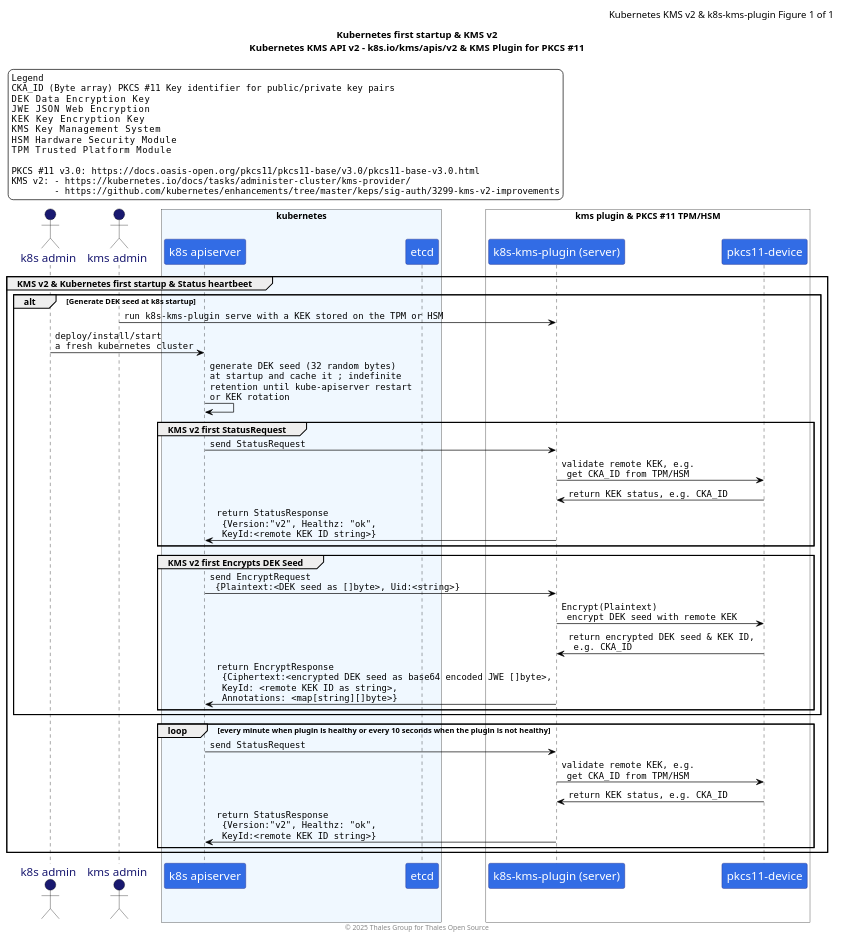
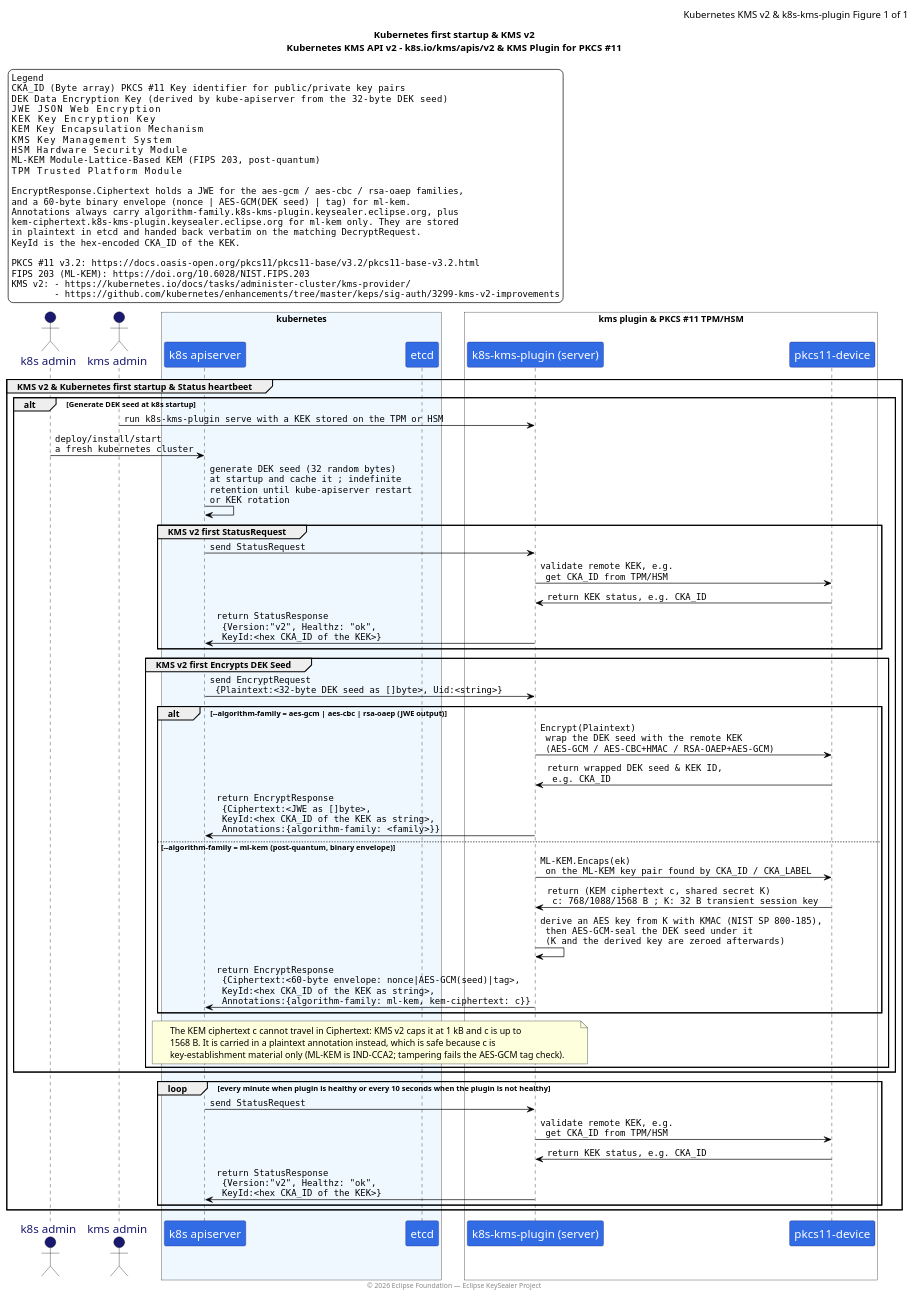
One commit to ThalesGroup/k8s-kms-plugin changed the diagram in docs/puml-diagrams/kmsv2-first-k8s-startup.sqce-diag.puml. Above: the diagram before and after it, drawn with PlantUML. The commit also changed 7 other files, not shown here.

First line of the commit message:
docs(diagrams): cover ML-KEM in the KMS v2 sequence diagrams

```diff
--- a/docs/puml-diagrams/kmsv2-first-k8s-startup.sqce-diag.puml
+++ b/docs/puml-diagrams/kmsv2-first-k8s-startup.sqce-diag.puml
@@ -1,116 +1,137 @@
 @startuml "Kubernetes first startup & KMS v2"
 
 '=============================================================================='
 '== PlantUML Appearance parameters ============================================'
 '=============================================================================='
 skinparam shadowing false
 'skinparam backgroundColor transparent
 
 ' enable arrows on same level
 '!pragma teoz true
 
 skinparam legend {
   FontSize 13
   FontName DejaVu Sans Mono
   BorderColor black
   BackgroundColor white
 }
 
 skinparam sequence {
 ArrowColor Black
 ActorBorderColor Black
 LifeLineBorderColor Black
 LifeLineBackgroundColor #A9DCDF
 
 ParticipantBorderColor MidnightBlue
 ParticipantBackgroundColor #326CE5
 ParticipantFontName Impact
 ParticipantFontSize 17
 ParticipantFontColor white
 
 ActorBackgroundColor MidnightBlue
 ActorFontColor MidnightBlue
 ActorFontSize 17
 ActorFontName Aapex
 }
 
 skinparam ArrowFontName DejaVu Sans Mono
 
 
 '=============================================================================='
 '== Title ====================================================================='
 '=============================================================================='
 title
     Kubernetes first startup & KMS v2
     Kubernetes KMS API v2 - k8s.io/kms/apis/v2 & KMS Plugin for PKCS #11
 end title
 
 skinparam HeaderFontSize 14
 header <font color=black>Kubernetes KMS v2 & k8s-kms-plugin Figure %page% of %lastpage%</font>
-footer © 2025 Thales Group for Thales Open Source
+footer © 2026 Eclipse Foundation — Eclipse KeySealer Project
 
 ' Legend
 legend top left
     Legend
-    CKA_ID (Byte array) PKCS #11 Key identifier for public/private key pairs
-    DEK    Data Encryption Key
-    JWE    JSON Web Encryption
-    KEK    Key Encryption Key
-    KMS    Key Management System
-    HSM    Hardware Security Module
-    TPM    Trusted Platform Module
+    CKA_ID   (Byte array) PKCS #11 Key identifier for public/private key pairs
+    DEK      Data Encryption Key (derived by kube-apiserver from the 32-byte DEK seed)
+    JWE      JSON Web Encryption
+    KEK      Key Encryption Key
+    KEM      Key Encapsulation Mechanism
+    KMS      Key Management System
+    HSM      Hardware Security Module
+    ML-KEM   Module-Lattice-Based KEM (FIPS 203, post-quantum)
+    TPM      Trusted Platform Module
 
-    PKCS #11 v3.0: https://docs.oasis-open.org/pkcs11/pkcs11-base/v3.0/pkcs11-base-v3.0.html
+    EncryptResponse.Ciphertext holds a JWE for the aes-gcm / aes-cbc / rsa-oaep families,
+    and a 60-byte binary envelope (nonce | AES-GCM(DEK seed) | tag) for ml-kem.
+    Annotations always carry algorithm-family.k8s-kms-plugin.keysealer.eclipse.org, plus
+    kem-ciphertext.k8s-kms-plugin.keysealer.eclipse.org for ml-kem only. They are stored
+    in plaintext in etcd and handed back verbatim on the matching DecryptRequest.
+    KeyId is the hex-encoded CKA_ID of the KEK.
+
+    PKCS #11 v3.2: https://docs.oasis-open.org/pkcs11/pkcs11-base/v3.2/pkcs11-base-v3.2.html
+    FIPS 203 (ML-KEM): https://doi.org/10.6028/NIST.FIPS.203
     KMS v2: - https://kubernetes.io/docs/tasks/administer-cluster/kms-provider/
             - https://github.com/kubernetes/enhancements/tree/master/keps/sig-auth/3299-kms-v2-improvements
 end legend
 
 '=============================================================================='
 '== Sequence diagram begins ==================================================='
 '=============================================================================='
 
     actor "k8s admin" as k8sa
     actor "kms admin" as kmsa
 
     box "kubernetes" #AliceBlue
         participant "k8s apiserver" as k8sapisrv
         participant "etcd" as etcd
     end box
 
 
     box "kms plugin & PKCS #11 TPM/HSM" #fff
         participant "k8s-kms-plugin (server)" as kmsplg
         participant "pkcs11-device" as p11
     end box
 
     group KMS v2 & Kubernetes first startup & Status heartbeet
         alt Generate DEK seed at k8s startup
 
             kmsa -> kmsplg : run k8s-kms-plugin serve with a KEK stored on the TPM or HSM
             k8sa -> k8sapisrv : deploy/install/start \na fresh kubernetes cluster
             k8sapisrv -> k8sapisrv : generate DEK seed (32 random bytes)\nat startup and cache it ; indefinite \nretention until kube-apiserver restart \nor KEK rotation
 
             group KMS v2 first StatusRequest
                 k8sapisrv -> kmsplg : send StatusRequest
                 kmsplg -> p11 : validate remote KEK, e.g. \n get CKA_ID from TPM/HSM
                 p11 -> kmsplg : return KEK status, e.g. CKA_ID
-                kmsplg -> k8sapisrv : return StatusResponse \n {Version:"v2", Healthz: "ok", \n KeyId:<remote KEK ID string>}
+                kmsplg -> k8sapisrv : return StatusResponse \n {Version:"v2", Healthz: "ok", \n KeyId:<hex CKA_ID of the KEK>}
             end
 
             group KMS v2 first Encrypts DEK Seed
-                k8sapisrv -> kmsplg : send EncryptRequest \n {Plaintext:<DEK seed as []byte>, Uid:<string>}
-                kmsplg -> p11 : Encrypt(Plaintext) \n encrypt DEK seed with remote KEK
-                p11 -> kmsplg : return encrypted DEK seed & KEK ID, \n e.g. CKA_ID
-                kmsplg -> k8sapisrv : return EncryptResponse \n {Ciphertext:<encrypted DEK seed as base64 encoded JWE []byte>,\n KeyId: <remote KEK ID as string>, \n Annotations: <map[string][]byte>}
+                k8sapisrv -> kmsplg : send EncryptRequest \n {Plaintext:<32-byte DEK seed as []byte>, Uid:<string>}
+
+                alt --algorithm-family = aes-gcm | aes-cbc | rsa-oaep (JWE output)
+                    kmsplg -> p11 : Encrypt(Plaintext) \n wrap the DEK seed with the remote KEK \n (AES-GCM / AES-CBC+HMAC / RSA-OAEP+AES-GCM)
+                    p11 -> kmsplg : return wrapped DEK seed & KEK ID, \n e.g. CKA_ID
+                    kmsplg -> k8sapisrv : return EncryptResponse \n {Ciphertext:<JWE as []byte>, \n KeyId:<hex CKA_ID of the KEK as string>, \n Annotations:{algorithm-family: <family>}}
+
+                else --algorithm-family = ml-kem (post-quantum, binary envelope)
+                    kmsplg -> p11 : ML-KEM.Encaps(ek) \n on the ML-KEM key pair found by CKA_ID / CKA_LABEL
+                    p11 -> kmsplg : return (KEM ciphertext c, shared secret K) \n c: 768/1088/1568 B ; K: 32 B transient session key
+                    kmsplg -> kmsplg : derive an AES key from K with KMAC (NIST SP 800-185), \n then AES-GCM-seal the DEK seed under it \n (K and the derived key are zeroed afterwards)
+                    kmsplg -> k8sapisrv : return EncryptResponse \n {Ciphertext:<60-byte envelope: nonce|AES-GCM(seed)|tag>, \n KeyId:<hex CKA_ID of the KEK as string>, \n Annotations:{algorithm-family: ml-kem, kem-ciphertext: c}}
+                end
+
+                note over k8sapisrv, kmsplg : The KEM ciphertext c cannot travel in Ciphertext: KMS v2 caps it at 1 kB and c is up to \n1568 B. It is carried in a plaintext annotation instead, which is safe because c is \nkey-establishment material only (ML-KEM is IND-CCA2; tampering fails the AES-GCM tag check).
             end
 
         end
 
         loop every minute when plugin is healthy or every 10 seconds when the plugin is not healthy
             k8sapisrv -> kmsplg : send StatusRequest
             kmsplg -> p11 : validate remote KEK, e.g. \n get CKA_ID from TPM/HSM
             p11 -> kmsplg : return KEK status, e.g. CKA_ID
-            kmsplg -> k8sapisrv : return StatusResponse \n {Version:"v2", Healthz: "ok", \n KeyId:<remote KEK ID string>}
+            kmsplg -> k8sapisrv : return StatusResponse \n {Version:"v2", Healthz: "ok", \n KeyId:<hex CKA_ID of the KEK>}
         end
     end
 @enduml
```
